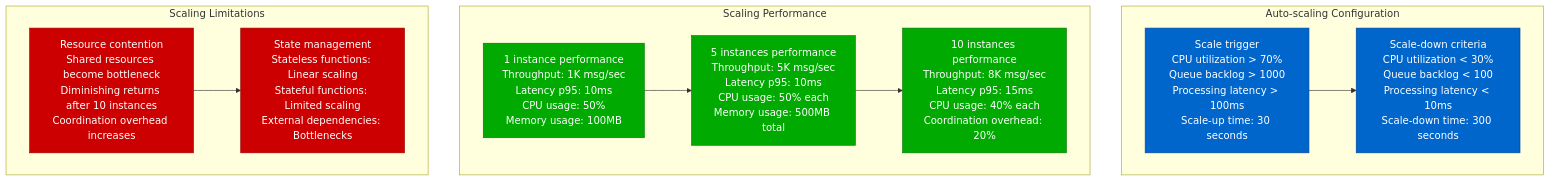
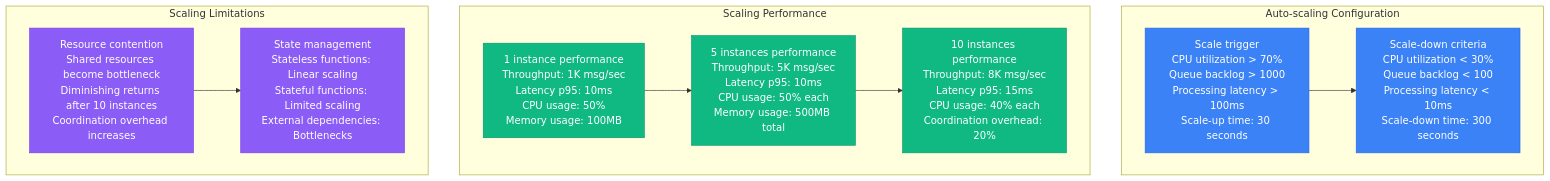
The sixth of 11 diagrams in site/docs/performance/pulsar-performance-profile.md (deepaucksharma/DS), drawn with Mermaid before and after one commit. The commit also changed other lines of this file and 303 other files, not shown here.

````diff
--- a/site/docs/performance/pulsar-performance-profile.md
+++ b/site/docs/performance/pulsar-performance-profile.md
@@ -223,36 +223,36 @@
 ```mermaid
 graph TB
     subgraph "Auto-scaling Configuration"
         AS1[Scale trigger<br/>CPU utilization > 70%<br/>Queue backlog > 1000<br/>Processing latency > 100ms<br/>Scale-up time: 30 seconds]
 
         AS2[Scale-down criteria<br/>CPU utilization < 30%<br/>Queue backlog < 100<br/>Processing latency < 10ms<br/>Scale-down time: 300 seconds]
 
         AS1 --> AS2
     end
 
     subgraph "Scaling Performance"
         SP1[1 instance performance<br/>Throughput: 1K msg/sec<br/>Latency p95: 10ms<br/>CPU usage: 50%<br/>Memory usage: 100MB]
 
         SP2[5 instances performance<br/>Throughput: 5K msg/sec<br/>Latency p95: 10ms<br/>CPU usage: 50% each<br/>Memory usage: 500MB total]
 
         SP3[10 instances performance<br/>Throughput: 8K msg/sec<br/>Latency p95: 15ms<br/>CPU usage: 40% each<br/>Coordination overhead: 20%]
 
         SP1 --> SP2 --> SP3
     end
 
     subgraph "Scaling Limitations"
         SL1[Resource contention<br/>Shared resources become bottleneck<br/>Diminishing returns after 10 instances<br/>Coordination overhead increases]
 
         SL2[State management<br/>Stateless functions: Linear scaling<br/>Stateful functions: Limited scaling<br/>External dependencies: Bottlenecks]
 
         SL1 --> SL2
     end
 
-    classDef scaleConfigStyle fill:#0066CC,stroke:#004499,color:#fff
-    classDef perfStyle fill:#00AA00,stroke:#007700,color:#fff
-    classDef limitStyle fill:#CC0000,stroke:#990000,color:#fff
+    classDef scaleConfigStyle fill:#3B82F6,stroke:#2563EB,color:#fff
+    classDef perfStyle fill:#10B981,stroke:#059669,color:#fff
+    classDef limitStyle fill:#8B5CF6,stroke:#7C3AED,color:#fff
 
     class AS1,AS2 scaleConfigStyle
     class SP1,SP2,SP3 perfStyle
     class SL1,SL2 limitStyle
 ```
````
